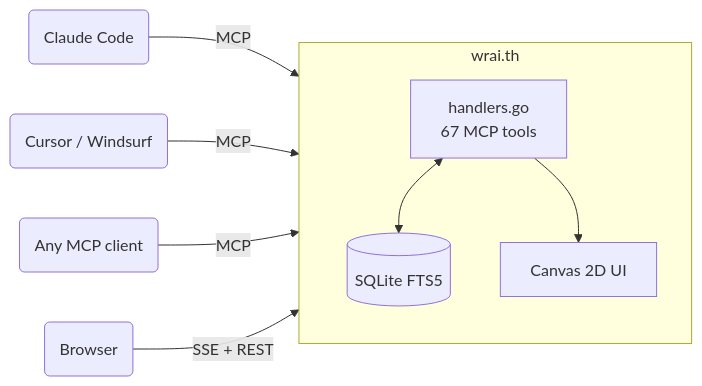
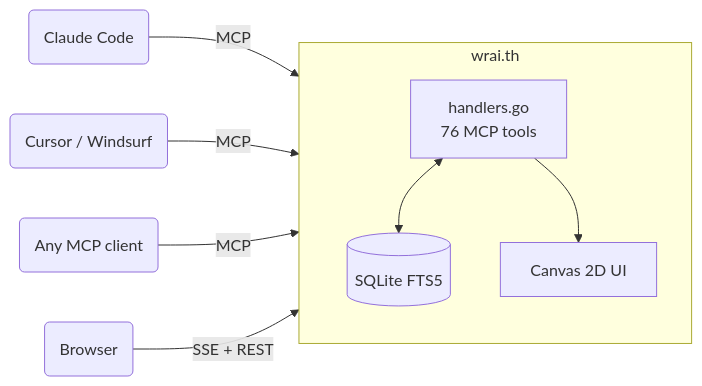
The diagram in README.md (Synergix-lab/WRAI.TH), drawn with Mermaid before and after one commit. The commit also changed other lines of this file and 5 other files, not shown here.

````diff
--- a/README.md
+++ b/README.md
@@ -808,15 +810,15 @@
 ```mermaid
 flowchart LR
     A1(Claude Code) -->|MCP| R
     A2(Cursor / Windsurf) -->|MCP| R
     A3(Any MCP client) -->|MCP| R
     B(Browser) -->|SSE + REST| R
 
     subgraph R[wrai.th]
-        H[handlers.go<br>67 MCP tools]
+        H[handlers.go<br>76 MCP tools]
         DB[(SQLite FTS5)]
         UI[Canvas 2D UI]
         H <--> DB
         H --> UI
     end
 ```
````
